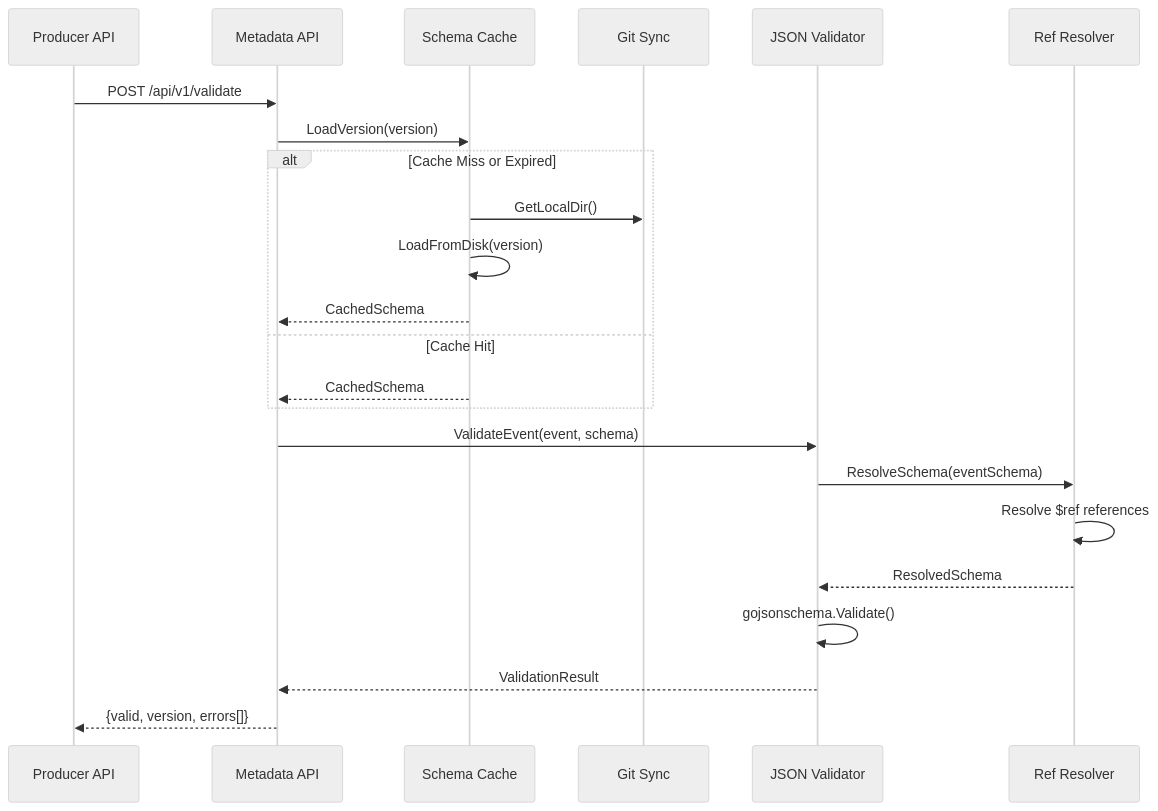
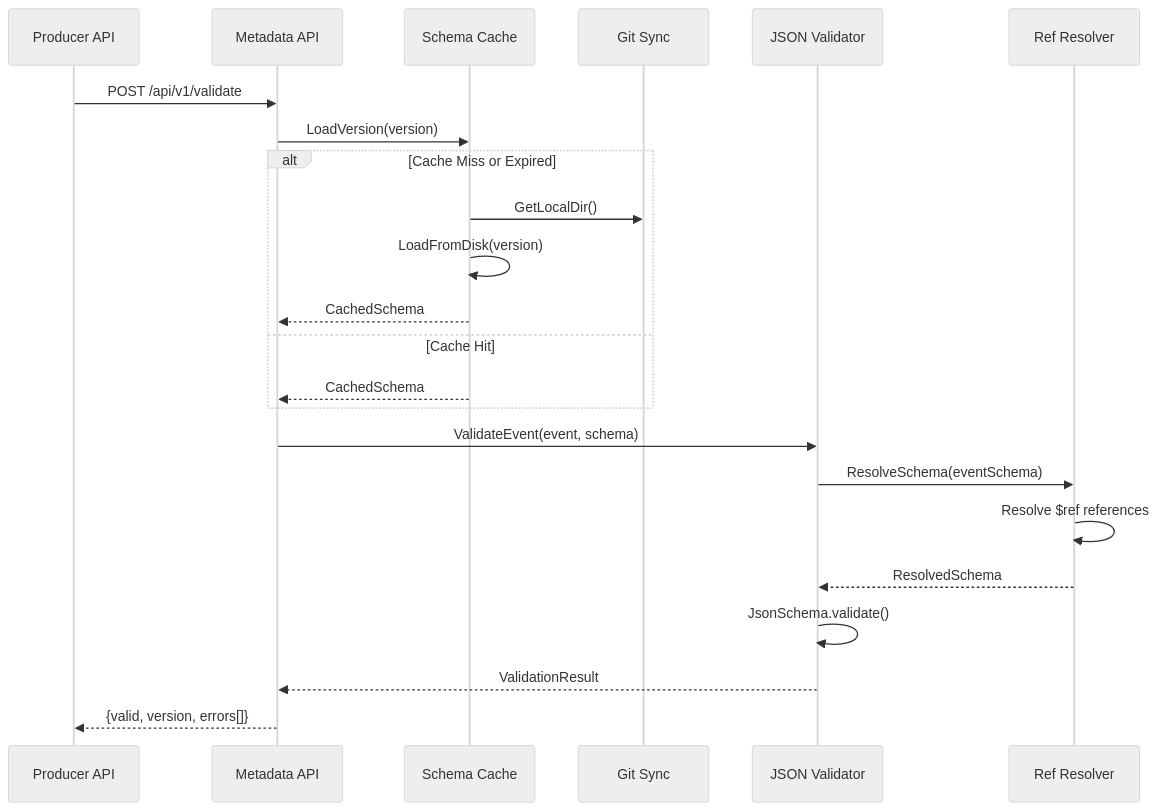
The third of 10 diagrams in metadata-service-java/METADATA_SERVICE_DOCUMENTATION.md (RickZee/api-performance-multi-lang), drawn with Mermaid (neutral theme) before and after one commit. The commit also changed other lines of this file and 44 other files, not shown here.

````diff
--- a/metadata-service-java/METADATA_SERVICE_DOCUMENTATION.md
+++ b/metadata-service-java/METADATA_SERVICE_DOCUMENTATION.md
@@ -173,28 +115,28 @@
 ```mermaid
 sequenceDiagram
     participant Client as Producer API
     participant API as Metadata API
     participant Cache as Schema Cache
     participant Sync as Git Sync
     participant Validator as JSON Validator
     participant Resolver as Ref Resolver
 
     Client->>API: POST /api/v1/validate
     API->>Cache: LoadVersion(version)
     
     alt Cache Miss or Expired
         Cache->>Sync: GetLocalDir()
         Cache->>Cache: LoadFromDisk(version)
         Cache-->>API: CachedSchema
     else Cache Hit
         Cache-->>API: CachedSchema
     end
 
     API->>Validator: ValidateEvent(event, schema)
     Validator->>Resolver: ResolveSchema(eventSchema)
     Resolver->>Resolver: Resolve $ref references
     Resolver-->>Validator: ResolvedSchema
-    Validator->>Validator: gojsonschema.Validate()
+    Validator->>Validator: JsonSchema.validate()
     Validator-->>API: ValidationResult
     API-->>Client: {valid, version, errors[]}
 ```
````
